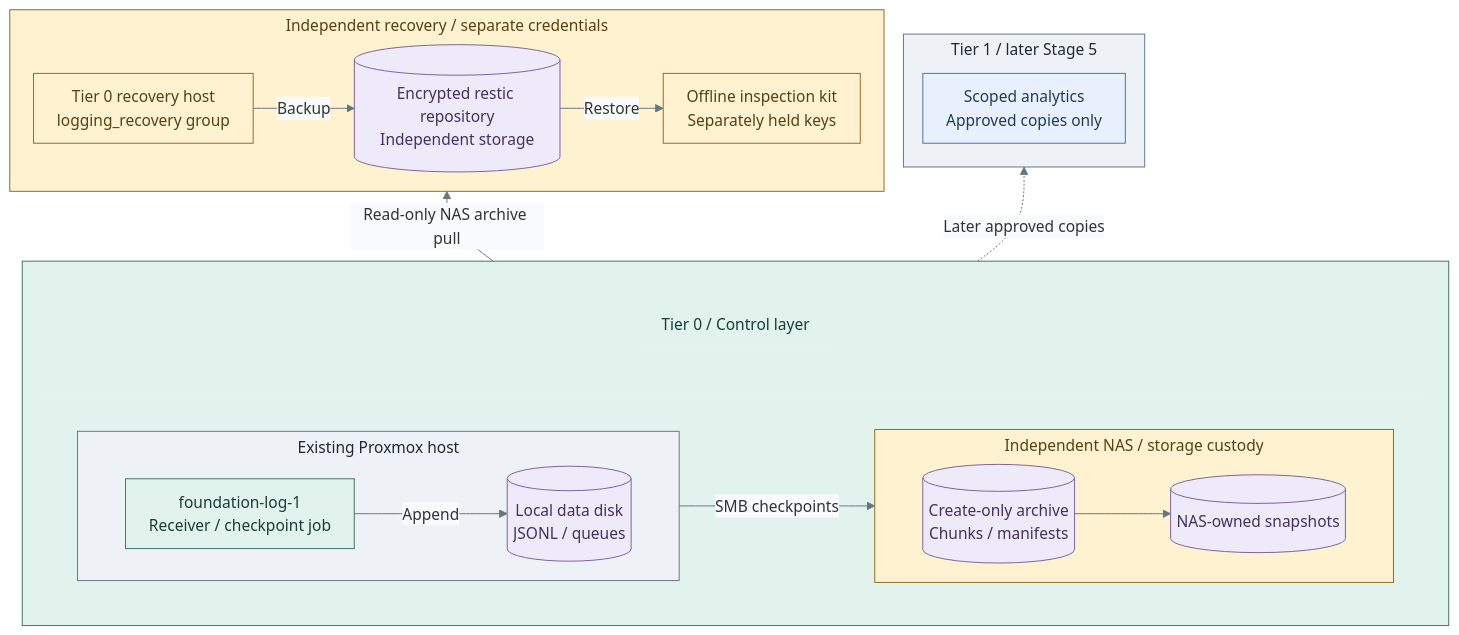
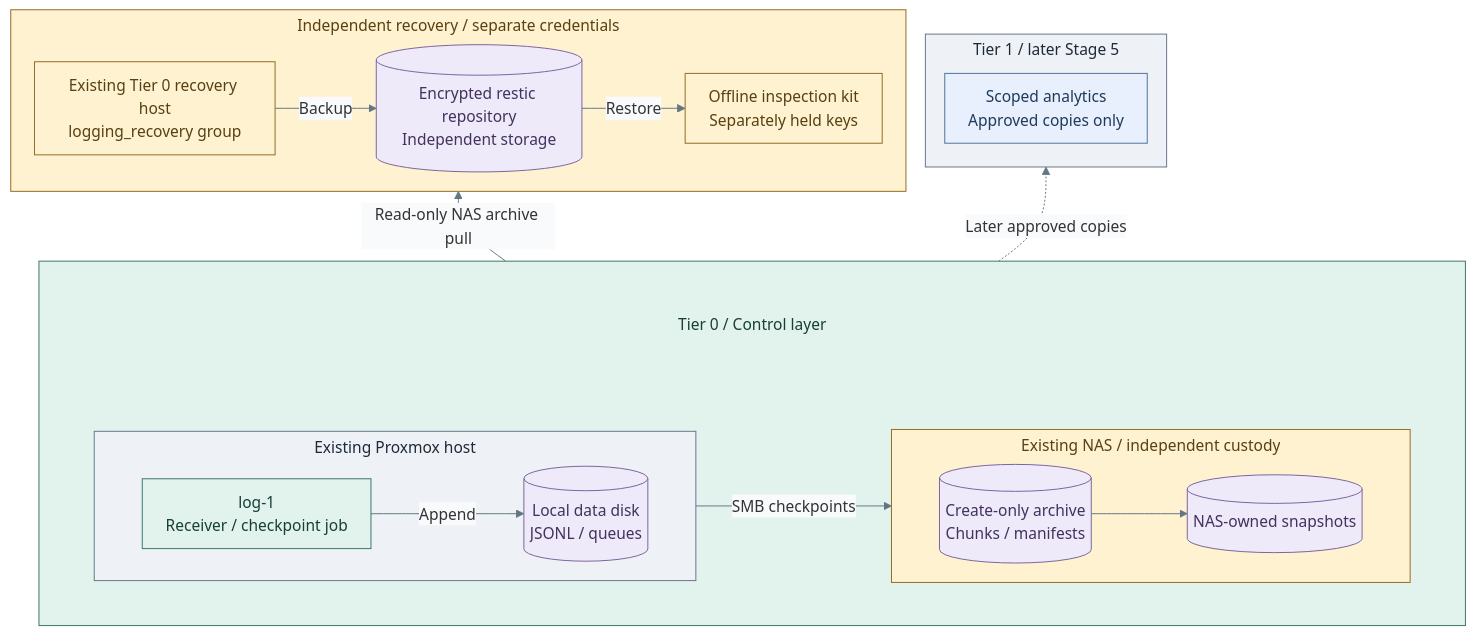
Before and after one commit to Rexus/homelab: the third of 3 diagrams in docs/deployment/stage-1-logging/README.md, drawn with Mermaid. The commit also changed other lines of this file and 60 other files, not shown here.

Commit message:
docs(diagrams): align architecture and deployment views with IaC

````diff
--- a/docs/deployment/stage-1-logging/README.md
+++ b/docs/deployment/stage-1-logging/README.md
@@ -192,51 +204,51 @@
 ```mermaid
 %%{init: {"theme":"base","flowchart":{"nodeSpacing":20,"rankSpacing":24,"padding":12,"subGraphTitleMargin":{"top":4,"bottom":12}},"themeVariables":{"lineColor":"#627581","edgeLabelBackground":"#f8fafc"}}}%%
 flowchart BT
   subgraph T1["Tier 1 / later Stage 5"]
     Search["Scoped analytics<br/>Approved copies only"]
   end
   subgraph T0[" "]
     direction TB
     T0Title["Tier 0 / Control layer"]
     subgraph Placement[" "]
       direction LR
       subgraph PVE["Existing Proxmox host"]
         direction LR
-        VM["foundation-log-1<br/>Receiver / checkpoint job"]
+        VM["log-1<br/>Receiver / checkpoint job"]
         Records[("Local data disk<br/>JSONL / queues")]
         VM -->|Append| Records
       end
-      subgraph NAS["Independent NAS / storage custody"]
+      subgraph NAS["Existing NAS / independent custody"]
         direction LR
         Evidence[("Create-only archive<br/>Chunks / manifests")]
         Snapshots[("NAS-owned snapshots")]
         Evidence --> Snapshots
       end
       PVE -->|SMB checkpoints| NAS
     end
     T0Title ~~~ Placement
   end
   subgraph Recovery["Independent recovery / separate credentials"]
     direction LR
-    Backup["Tier 0 recovery host<br/>logging_recovery group"]
+    Backup["Existing Tier 0 recovery host<br/>logging_recovery group"]
     Copy[("Encrypted restic repository<br/>Independent storage")]
     Offline["Offline inspection kit<br/>Separately held keys"]
     Backup -->|Backup| Copy
     Copy -->|Restore| Offline
   end
   T0 -->|Read-only NAS archive pull| Recovery
   T0 -. "Later approved copies" .-> T1
   classDef default fill:#f8fafc,stroke:#64748b,color:#1f2937
   classDef boundary fill:#eef2f6,stroke:#64748b,color:#1f2937
   classDef control fill:#e2f3ed,stroke:#397366,color:#173f36
   classDef controlHeading fill:#e2f3ed,stroke:#e2f3ed,color:#173f36
   classDef data fill:#eeeafa,stroke:#78639b,color:#42325d
   classDef custody fill:#fff2d1,stroke:#926820,color:#584013
   classDef services fill:#e7f0fc,stroke:#4d719b,color:#203a5b
   class T1,PVE boundary
   class T0,VM control
   class T0Title,Placement controlHeading
   class Records,Evidence,Snapshots,Copy data
   class NAS,Recovery,Backup,Offline custody
   class Search services
 ```
````
